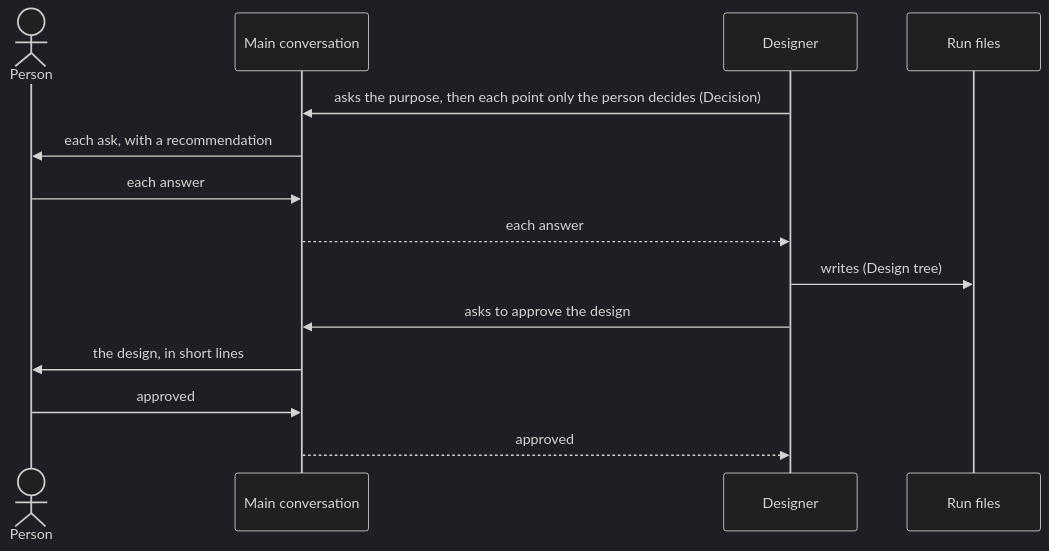
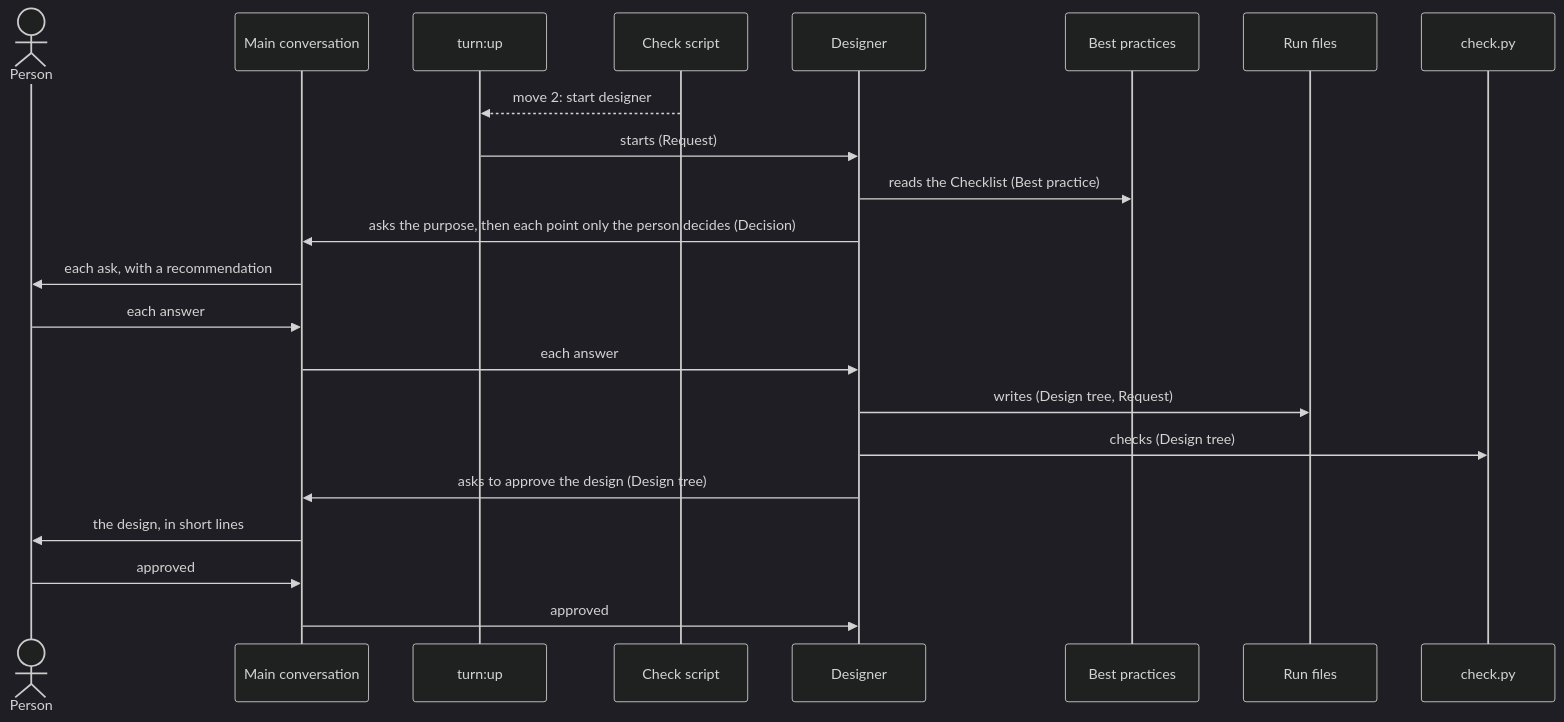
Before and after one commit to lovaizu/ccpm: the third of 5 diagrams in dev/turn/architecture.md, drawn with Mermaid (dark theme). The commit also changed other lines of this file and 5 other files, not shown here.

First line of the commit message:
turn's architecture made again by architecture's best practice from turn-rebuild.md, the new UX and README: four roles in two phases moved by lane's flow of six positions, the run's files and data model, and each departure from the plugin architecture with its reason

````diff
--- a/dev/turn/architecture.md
+++ b/dev/turn/architecture.md
@@ -202,16 +274,24 @@
 ```mermaid
 sequenceDiagram
   actor P as Person
   participant M as Main conversation
+  participant U as turn:up
+  participant L as Check script
   participant D as Designer
+  participant B as Best practices
   participant R as Run files
+  participant C as check.py
+  L-->>U: move 2: start designer
+  U->>D: starts (Request)
+  D->>B: reads the Checklist (Best practice)
   D->>M: asks the purpose, then each point only the person decides (Decision)
   M->>P: each ask, with a recommendation
   P->>M: each answer
-  M-->>D: each answer
-  D->>R: writes (Design tree)
-  D->>M: asks to approve the design
+  M->>D: each answer
+  D->>R: writes (Design tree, Request)
+  D->>C: checks (Design tree)
+  D->>M: asks to approve the design (Design tree)
   M->>P: the design, in short lines
   P->>M: approved
-  M-->>D: approved
+  M->>D: approved
 ```
````
